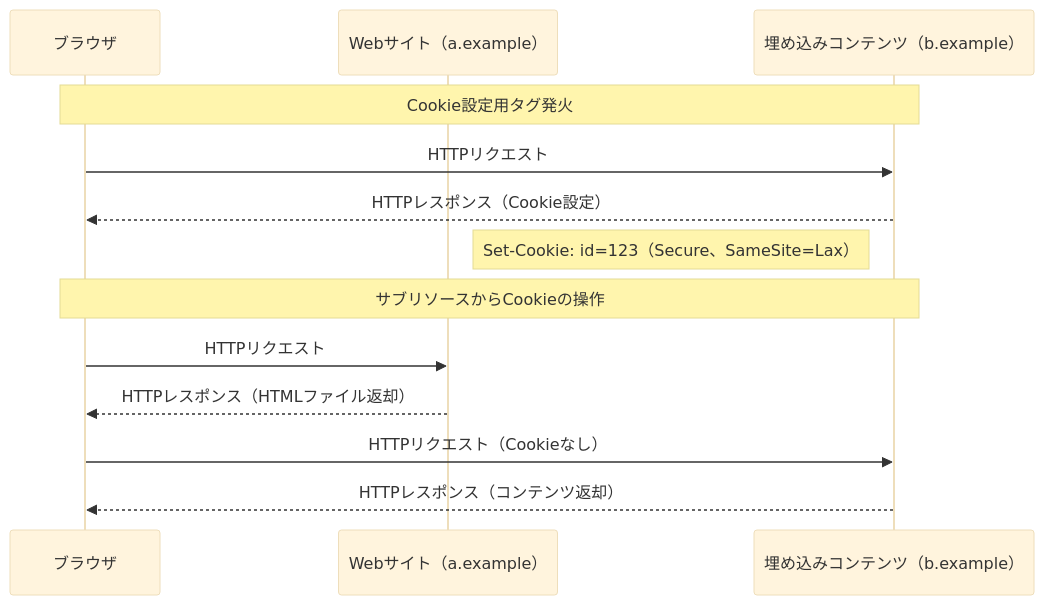
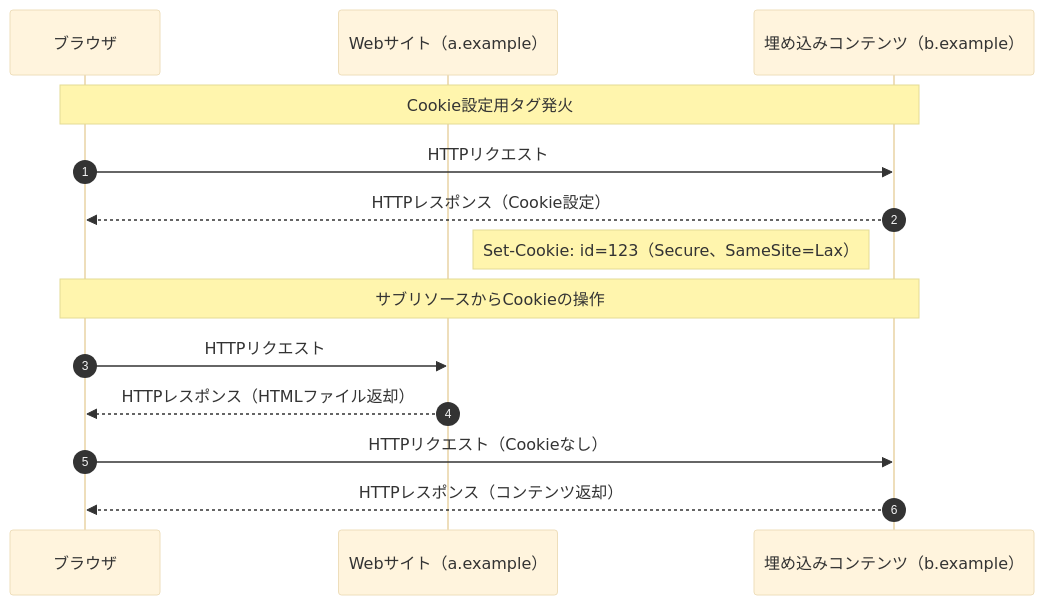
Before and after one commit to hi-bridge-9/privacy-sandbox: the first of 2 diagrams in first-party-sets/sequence.md, drawn with Mermaid (base theme). The commit also changed other lines of this file, not shown here.

Commit message:
fiz: シーケンス図の説明で強調する部分を変更

````diff
--- a/first-party-sets/sequence.md
+++ b/first-party-sets/sequence.md
@@ -7,18 +7,19 @@
 ```mermaid
 sequenceDiagram
+    autonumber
 
     participant A as ブラウザ
     participant B as Webサイト（a.example）
     participant C as 埋め込みコンテンツ（b.example）
 
     Note over A, C: Cookie設定用タグ発火
     A->>C: HTTPリクエスト
     C-->>A: HTTPレスポンス（Cookie設定）
     Note left of C: Set-Cookie: id=123（Secure、SameSite=Lax）
 
     Note over A, C: サブリソースからCookieの操作
     A->>B: HTTPリクエスト
     B-->>A: HTTPレスポンス（HTMLファイル返却）
     A->>C: HTTPリクエスト（Cookieなし）
     C-->>A: HTTPレスポンス（コンテンツ返却）
 ```
````
